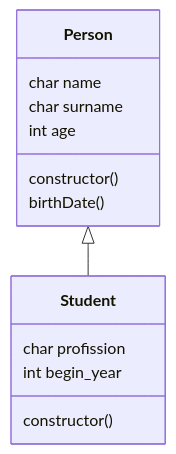
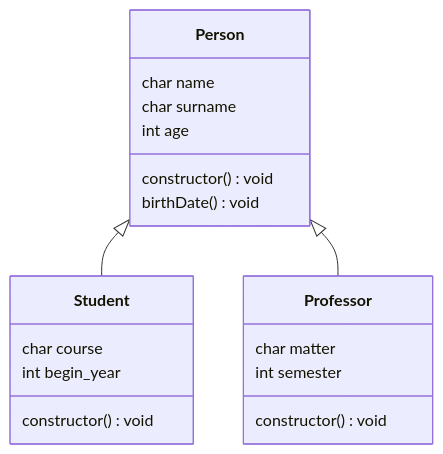
Before and after one commit to jlopezsa/JavaScriptCourse: the diagram in README.md, drawn with Mermaid. The commit also changed other lines of this file, not shown here.

Commit message:
Update README file with inheritance concept and diagram representation

````diff
--- a/README.md
+++ b/README.md
@@ -305,13 +276,19 @@
 ```mermaid
 classDiagram
     Person <|-- Student : 
+    Person <|-- Professor : 
+    
     Person : char name
     Person : char surname
     Person : int age
-    Person : constructor()
-    Person : birthDate()
+    Person : constructor() void
+    Person : birthDate() void
 
-    Student : char profission
+    Student : char course
     Student : int begin_year
-    Student : constructor()
+    Student : constructor() void
+
+    Professor: char matter
+    Professor: int semester
+    Professor: constructor() void
 ```
````
